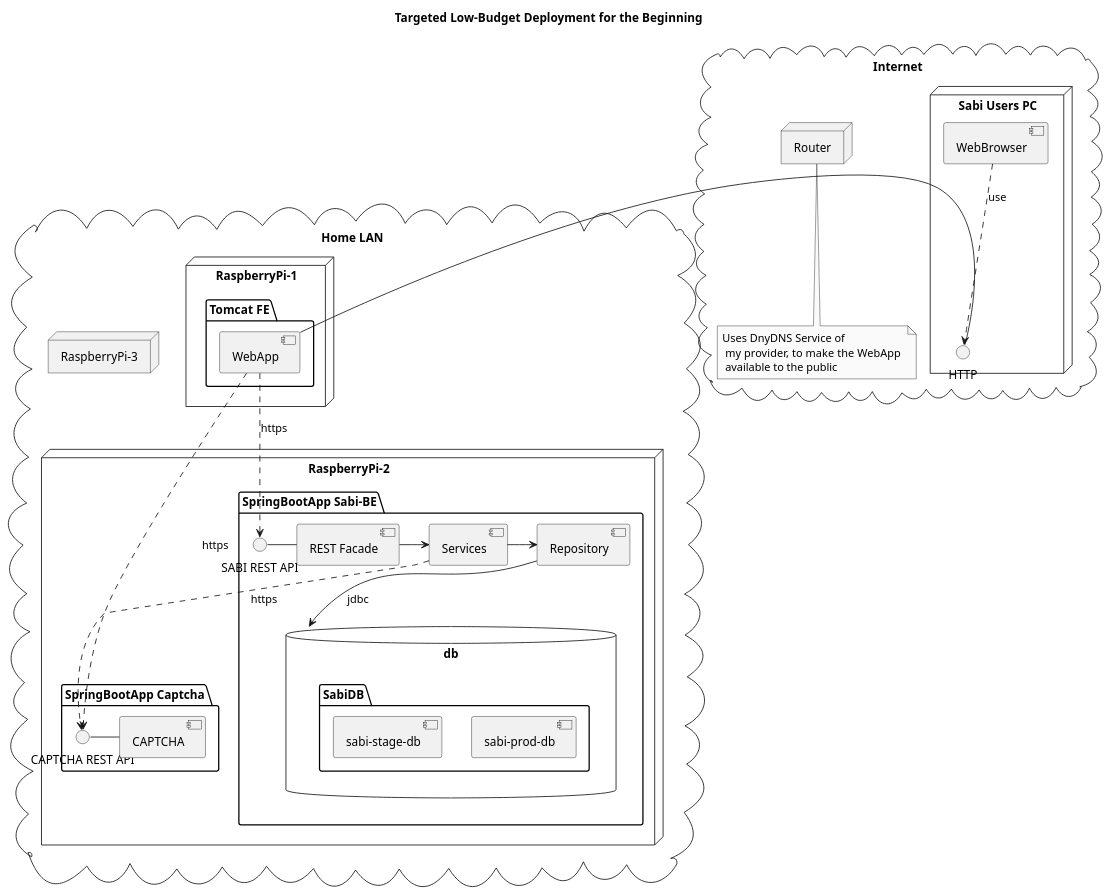
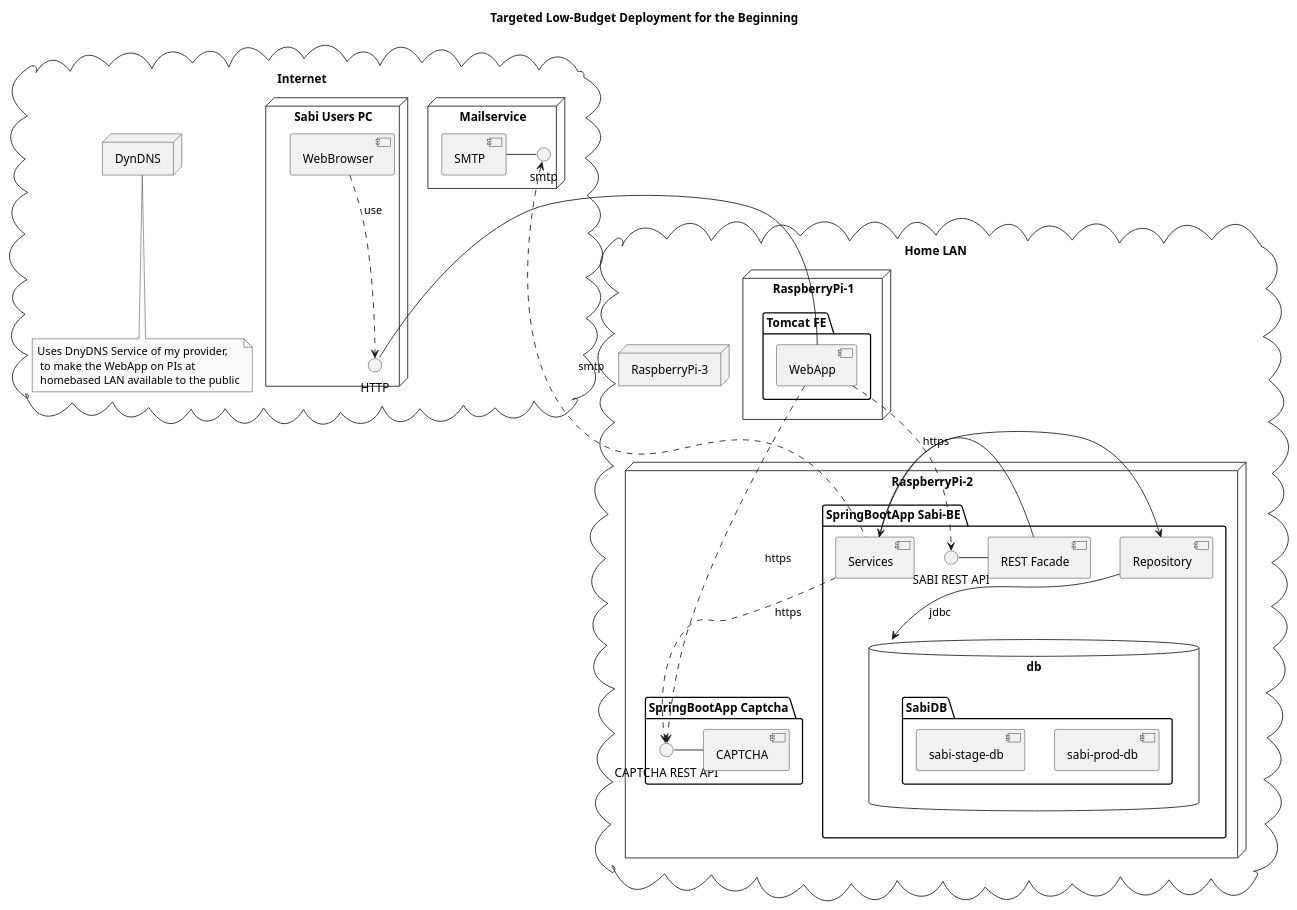
The diagram in sabi-parent/sabi-server/UML/7_DeploymentView/Hardware_Component_Mapping.puml (StefanSchubert/sabi), drawn with PlantUML before and after one commit. The commit also changed 20 other files, not shown here.

```diff
--- a/sabi-parent/sabi-server/UML/7_DeploymentView/Hardware_Component_Mapping.puml
+++ b/sabi-parent/sabi-server/UML/7_DeploymentView/Hardware_Component_Mapping.puml
@@ -1,59 +1,65 @@
 @startuml
 
 skinparam monochrome true
 skinparam componentStyle uml2
 
 title Targeted Low-Budget Deployment for the Beginning
 
 cloud "Internet" {
 
  node "Sabi Users PC" {
    interface HTTP
    [WebBrowser] ..> HTTP : use
  }
 
-   node "Router" {
+   node "DynDNS" {
    }
-   note bottom of Router : Uses DnyDNS Service of \n my provider, to make the WebApp \n available to the public
+   note bottom of DynDNS : Uses DnyDNS Service of my provider,\n to make the WebApp on PIs at\n homebased LAN available to the public
+
+node "Mailservice" {
+interface smtp
+[SMTP] - smtp
+}
 
 }
 
 cloud "Home LAN" {
 
 
   node "RaspberryPi-2" {
 
       package "SpringBootApp Captcha" {
           interface "CAPTCHA REST API" as rest2
           rest2 - [CAPTCHA]
       }
 
       package "SpringBootApp Sabi-BE" {
       interface "SABI REST API" as rest
          rest - [REST Facade]
          [REST Facade] -> [Services]
          [Services] -> [Repository]
+         [Services] .u.>smtp : smtp
          [Services] ..>rest2 : https
          [Repository] --> db : jdbc
       }
 
   }
 
   node "RaspberryPi-1" {
     package "Tomcat FE" {
       HTTP - [WebApp]
       [WebApp] ..> rest : https
       [WebApp] ..> rest2 : https
     }
   }
 
 node "RaspberryPi-3" {
      database "MySQL" as db {
         folder "SabiDB" {
           [sabi-prod-db]
           [sabi-stage-db]
         }
 
 }
 
 @enduml
```
